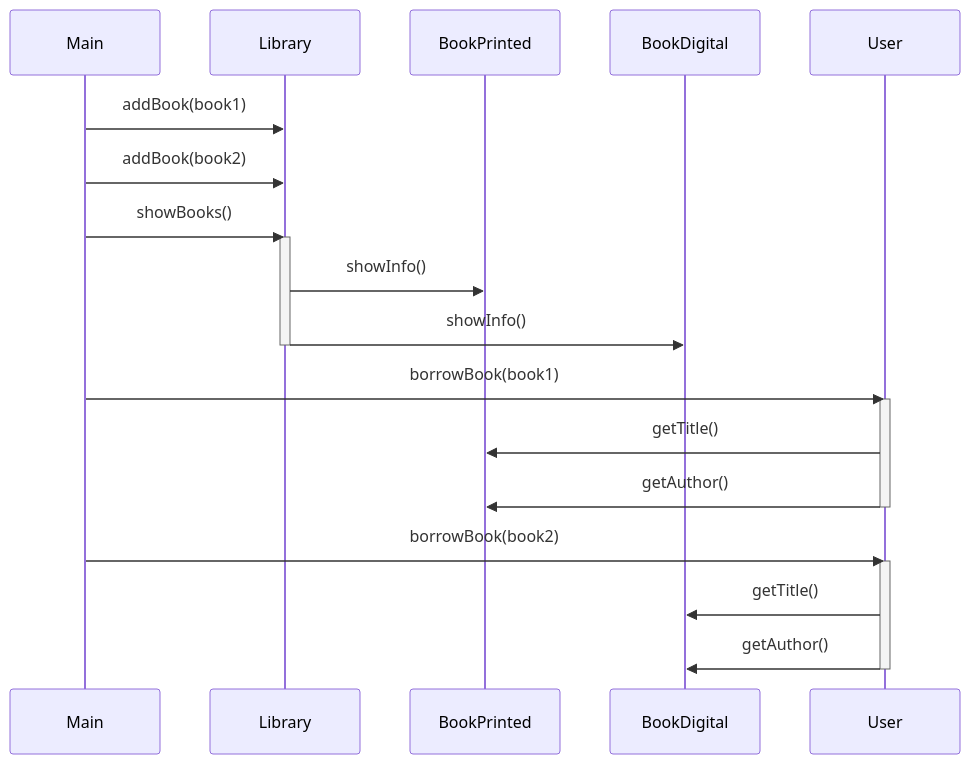
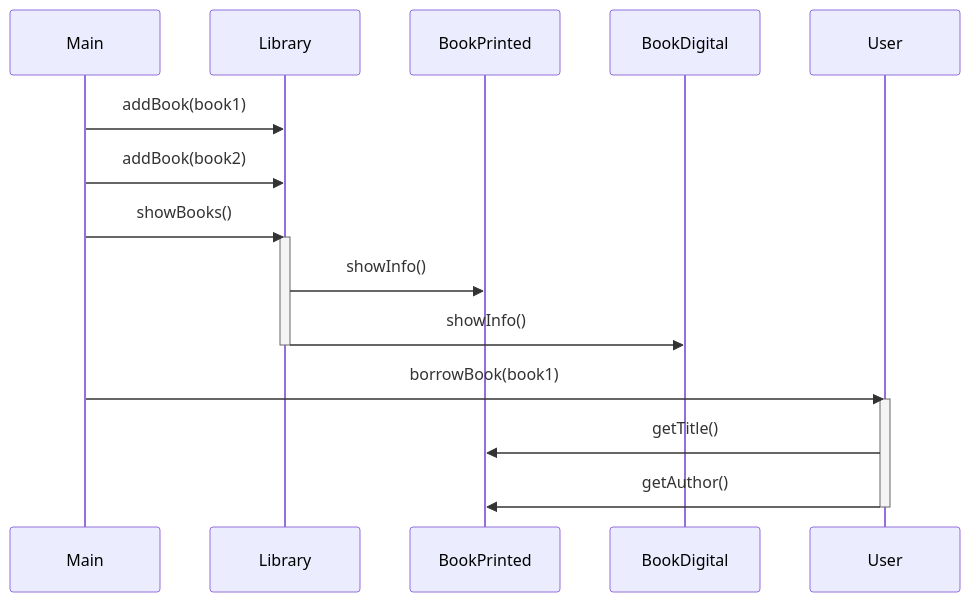
One commit to edzamo/software-engineering changed the seventh of 7 diagrams in uml/README.md. Above: the diagram before and after it, drawn with Mermaid. The commit also changed other lines of this file and 1380 other files, not shown here.

First line of the commit message:
Convertir el repo a documentación pura: solo Markdown + diagramas Mermaid

````diff
--- a/uml/README.md
+++ b/uml/README.md
@@ -111,29 +105,23 @@
 ```mermaid
 sequenceDiagram
     participant Main
     participant Library
     participant book1 as BookPrinted
     participant book2 as BookDigital
     participant user as User
 
     Main->>Library: addBook(book1)
     Main->>Library: addBook(book2)
 
     Main->>Library: showBooks()
     activate Library
     Library->>book1: showInfo()
     Library->>book2: showInfo()
     deactivate Library
 
     Main->>user: borrowBook(book1)
     activate user
     user->>book1: getTitle()
     user->>book1: getAuthor()
     deactivate user
-    
-    Main->>user: borrowBook(book2)
-    activate user
-    user->>book2: getTitle()
-    user->>book2: getAuthor()
-    deactivate user
 ```
````
